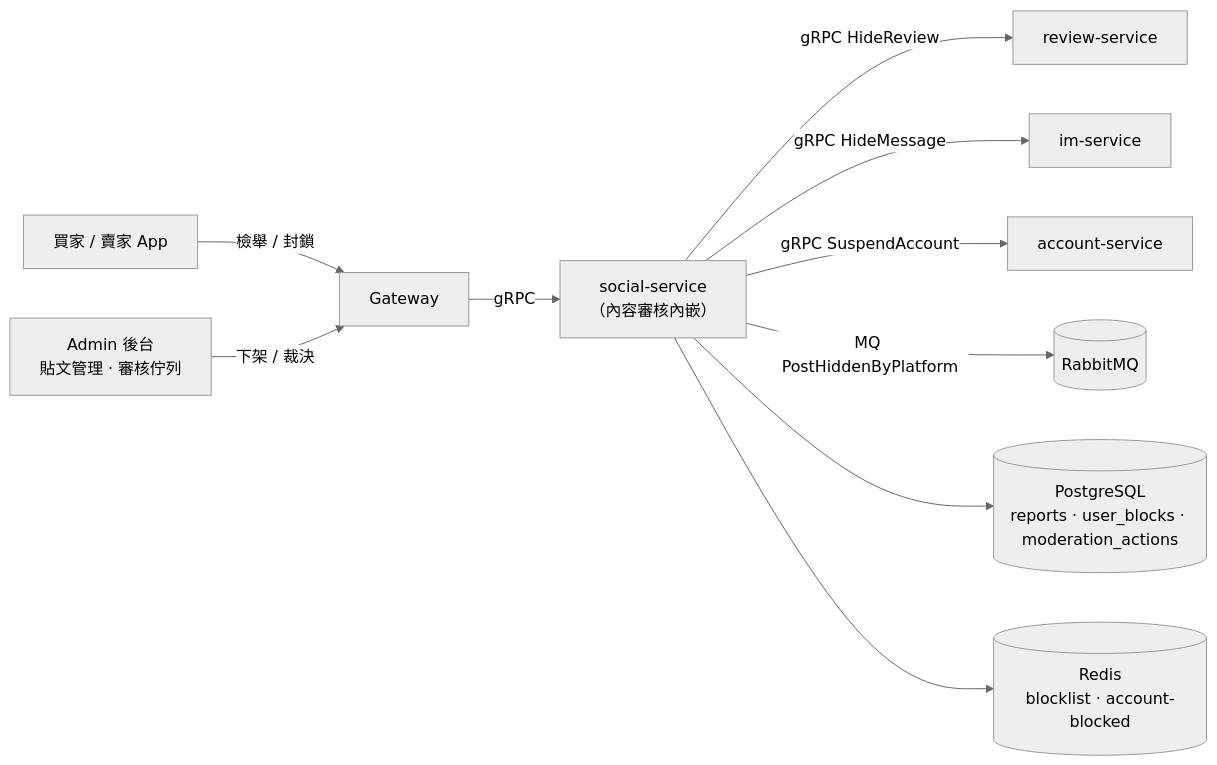
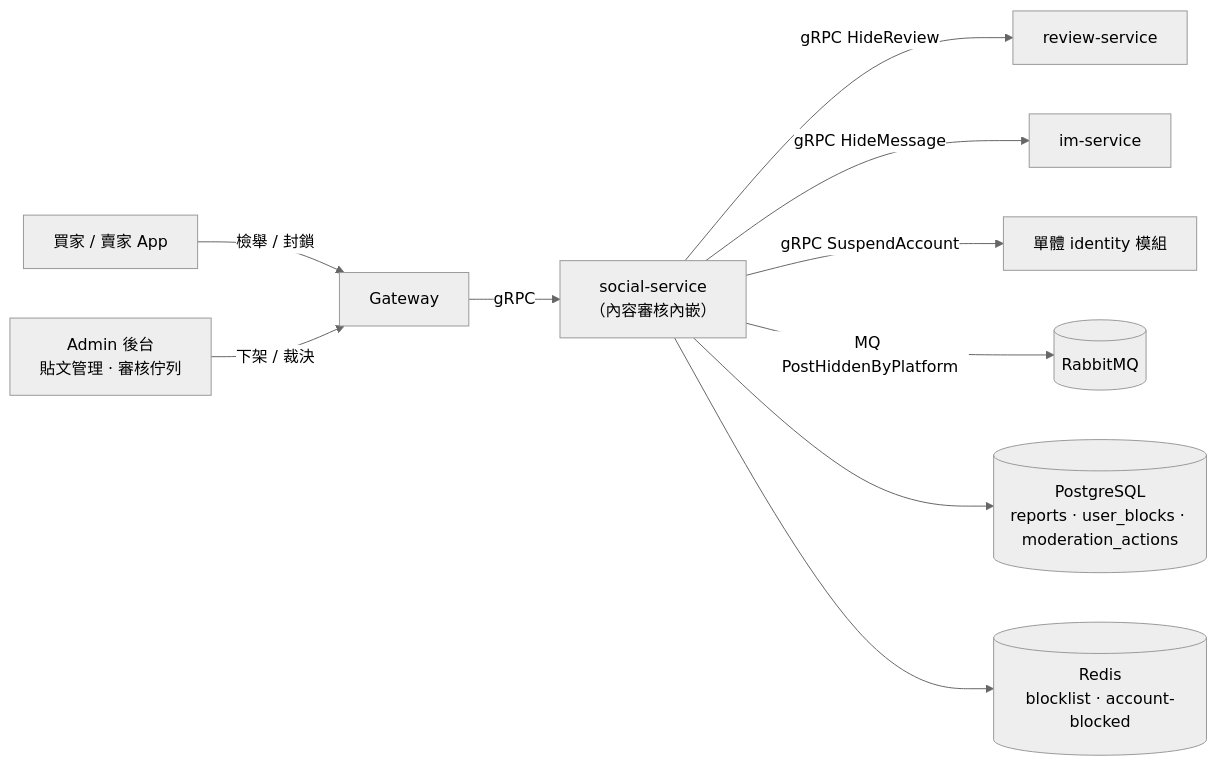
One commit to Will413028/hawkr changed the first of 4 diagrams in backend/docs/詳細設計書/31-內容檢舉與封鎖（Content Reporting & Block）詳細設計書.md. Above: the diagram before and after it, drawn with Mermaid (neutral theme). The commit also changed other lines of this file, not shown here.

````diff
--- a/backend/docs/詳細設計書/31-內容檢舉與封鎖（Content Reporting & Block）詳細設計書.md
+++ b/backend/docs/詳細設計書/31-內容檢舉與封鎖（Content Reporting & Block）詳細設計書.md
@@ -47,12 +47,12 @@
 ```mermaid
 flowchart LR
   Buyer["買家 / 賣家 App"] -->|檢舉 / 封鎖| GW[Gateway]
   Admin["Admin 後台<br/>貼文管理 · 審核佇列"] -->|下架 / 裁決| GW
   GW -->|gRPC| SOC["social-service<br/>（內容審核內嵌）"]
   SOC -->|gRPC HideReview| REV[review-service]
   SOC -->|gRPC HideMessage| IM[im-service]
-  SOC -->|gRPC SuspendAccount| ACC[account-service]
+  SOC -->|gRPC SuspendAccount| ACC[單體 identity 模組]
   SOC -->|MQ PostHiddenByPlatform| MQ[(RabbitMQ)]
   SOC --> DB[(PostgreSQL<br/>reports · user_blocks · moderation_actions)]
   SOC --> RDS[(Redis<br/>blocklist · account-blocked)]
 ```
````
